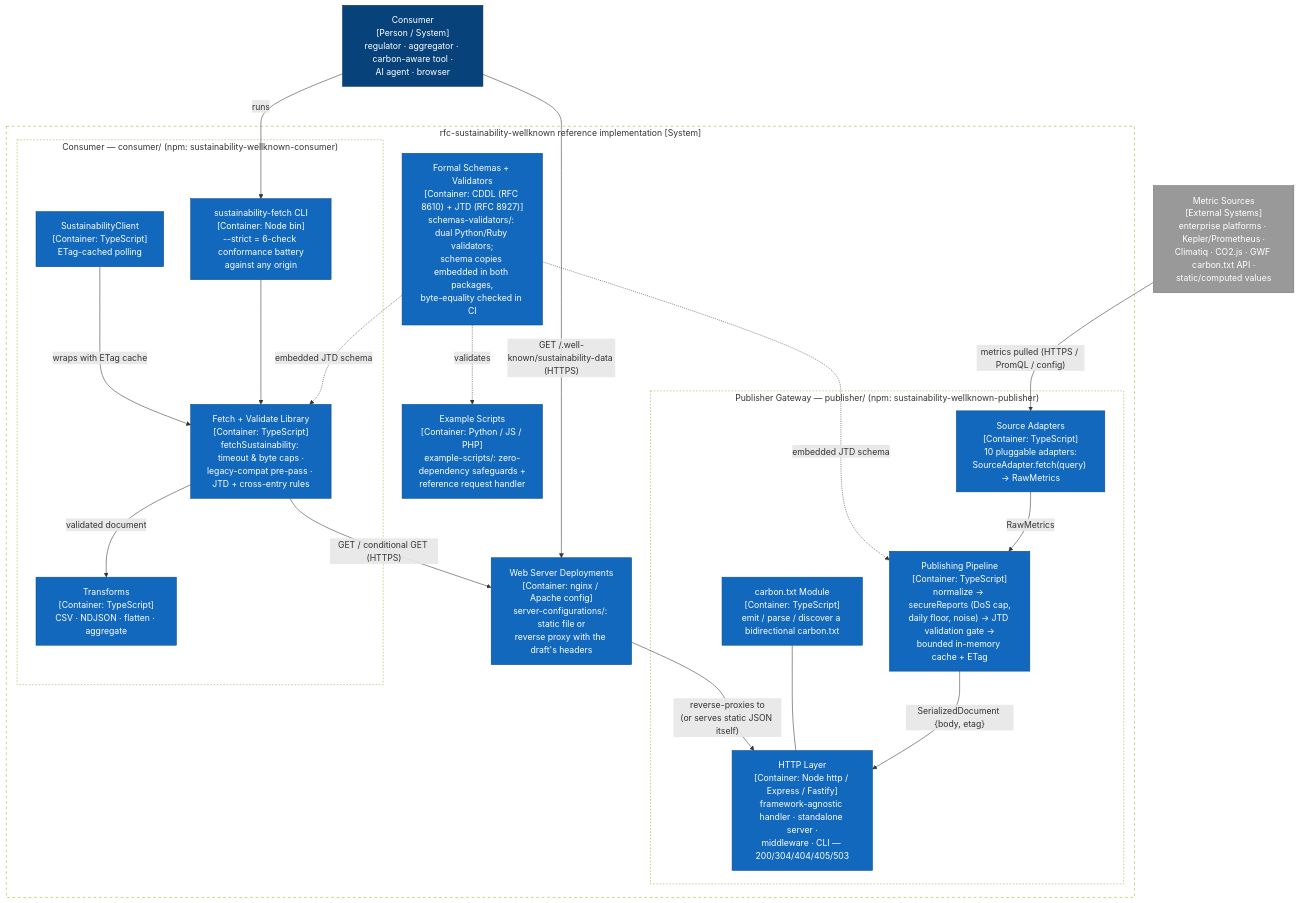
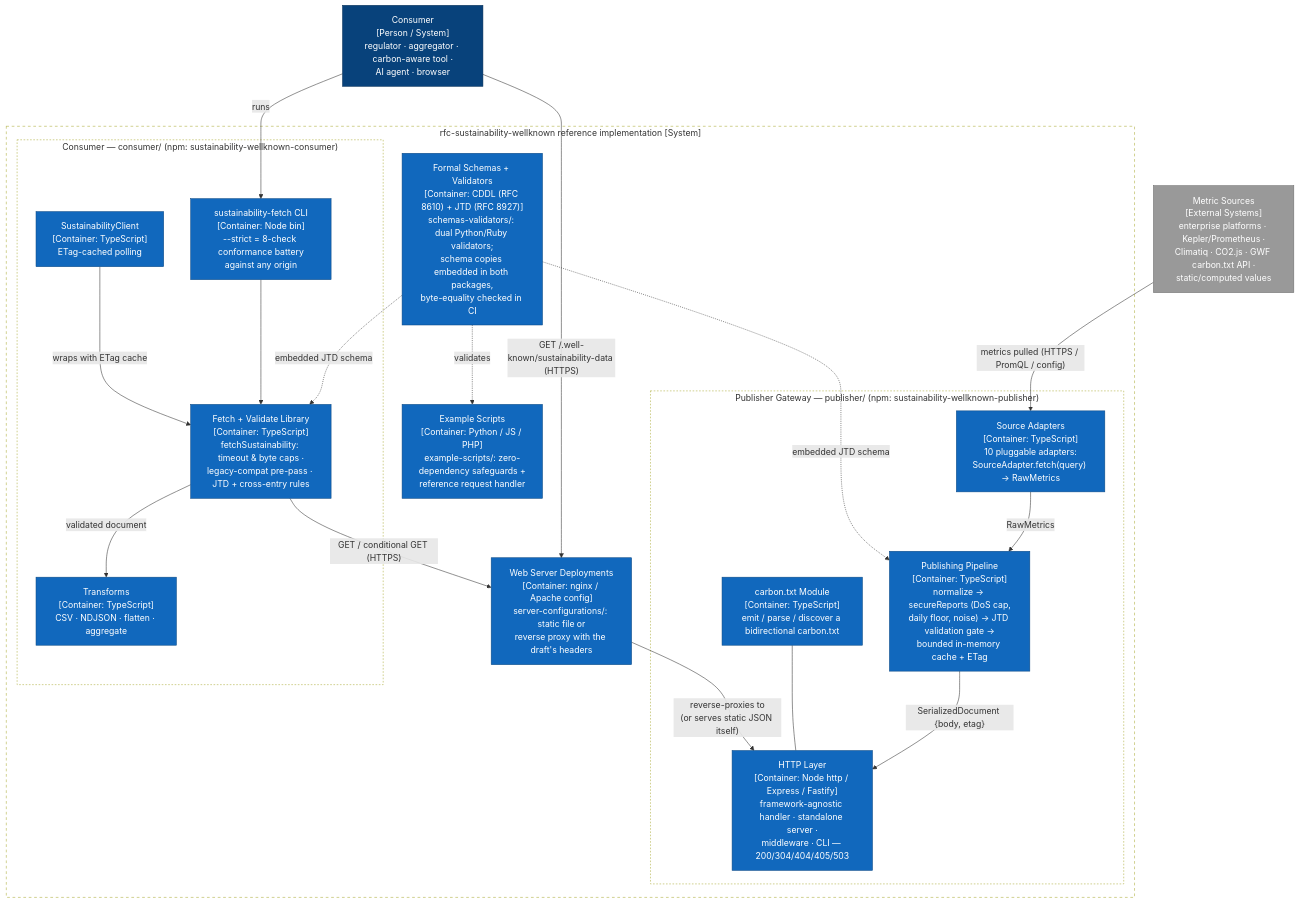
The second of 10 diagrams in architecture/README.md (andreibesleaga/rfc-sustainability-wellknown), drawn with Mermaid before and after one commit. The commit also changed other lines of this file and 62 other files, not shown here.

````diff
--- a/architecture/README.md
+++ b/architecture/README.md
@@ -159,51 +159,51 @@
 ```mermaid
 flowchart TB
     CLIENT["Consumer<br/>[Person / System]<br/>regulator · aggregator · carbon-aware tool ·<br/>AI agent · browser"]
     DS["Metric Sources<br/>[External Systems]<br/>enterprise platforms · Kepler/Prometheus ·<br/>Climatiq · CO2.js · GWF carbon.txt API ·<br/>static/computed values"]
 
     subgraph REPO["rfc-sustainability-wellknown reference implementation [System]"]
         subgraph PUBB["Publisher Gateway — publisher/ (npm: sustainability-wellknown-publisher)"]
             ADP["Source Adapters<br/>[Container: TypeScript]<br/>10 pluggable adapters:<br/>SourceAdapter.fetch(query) → RawMetrics"]
             PIPE["Publishing Pipeline<br/>[Container: TypeScript]<br/>normalize → secureReports (DoS cap,<br/>daily floor, noise) → JTD validation gate →<br/>bounded in-memory cache + ETag"]
             HTTPL["HTTP Layer<br/>[Container: Node http / Express / Fastify]<br/>framework-agnostic handler · standalone server ·<br/>middleware · CLI — 200/304/404/405/503"]
             CTM["carbon.txt Module<br/>[Container: TypeScript]<br/>emit / parse / discover a bidirectional carbon.txt"]
         end
 
         subgraph CONSB["Consumer — consumer/ (npm: sustainability-wellknown-consumer)"]
             FETCH["Fetch + Validate Library<br/>[Container: TypeScript]<br/>fetchSustainability: timeout & byte caps ·<br/>legacy-compat pre-pass · JTD + cross-entry rules"]
             SCLI["SustainabilityClient<br/>[Container: TypeScript]<br/>ETag-cached polling"]
             TR["Transforms<br/>[Container: TypeScript]<br/>CSV · NDJSON · flatten · aggregate"]
-            FCLI["sustainability-fetch CLI<br/>[Container: Node bin]<br/>--strict = 6-check conformance battery<br/>against any origin"]
+            FCLI["sustainability-fetch CLI<br/>[Container: Node bin]<br/>--strict = 8-check conformance battery<br/>against any origin"]
         end
 
         SCHEMAS["Formal Schemas + Validators<br/>[Container: CDDL (RFC 8610) + JTD (RFC 8927)]<br/>schemas-validators/: dual Python/Ruby validators;<br/>schema copies embedded in both packages,<br/>byte-equality checked in CI"]
         WEBC["Web Server Deployments<br/>[Container: nginx / Apache config]<br/>server-configurations/: static file or<br/>reverse proxy with the draft's headers"]
         EXS["Example Scripts<br/>[Container: Python / JS / PHP]<br/>example-scripts/: zero-dependency safeguards +<br/>reference request handler"]
     end
 
     DS -- "metrics pulled (HTTPS / PromQL / config)" --> ADP
     ADP -- "RawMetrics" --> PIPE
     PIPE -- "SerializedDocument {body, etag}" --> HTTPL
     CTM --- HTTPL
     SCHEMAS -. "embedded JTD schema" .-> PIPE
     SCHEMAS -. "embedded JTD schema" .-> FETCH
     SCHEMAS -. "validates" .-> EXS
     WEBC -- "reverse-proxies to<br/>(or serves static JSON itself)" --> HTTPL
 
     CLIENT -- "GET /.well-known/sustainability-data (HTTPS)" --> WEBC
     CLIENT -- "runs" --> FCLI
     FCLI --> FETCH
     SCLI -- "wraps with ETag cache" --> FETCH
     FETCH -- "validated document" --> TR
     FETCH -- "GET / conditional GET (HTTPS)" --> WEBC
 
     classDef person fill:#08427b,color:#fff,stroke:#052e56
     classDef cont fill:#1168bd,color:#fff,stroke:#0b4884
     classDef ext fill:#999999,color:#fff,stroke:#6b6b6b
     class CLIENT person
     class ADP,PIPE,HTTPL,CTM,FETCH,SCLI,TR,FCLI,SCHEMAS,WEBC,EXS cont
     class DS ext
     style REPO stroke-dasharray:5 5,fill:none
     style PUBB stroke-dasharray:3 3,fill:none
     style CONSB stroke-dasharray:3 3,fill:none
 ```
````
